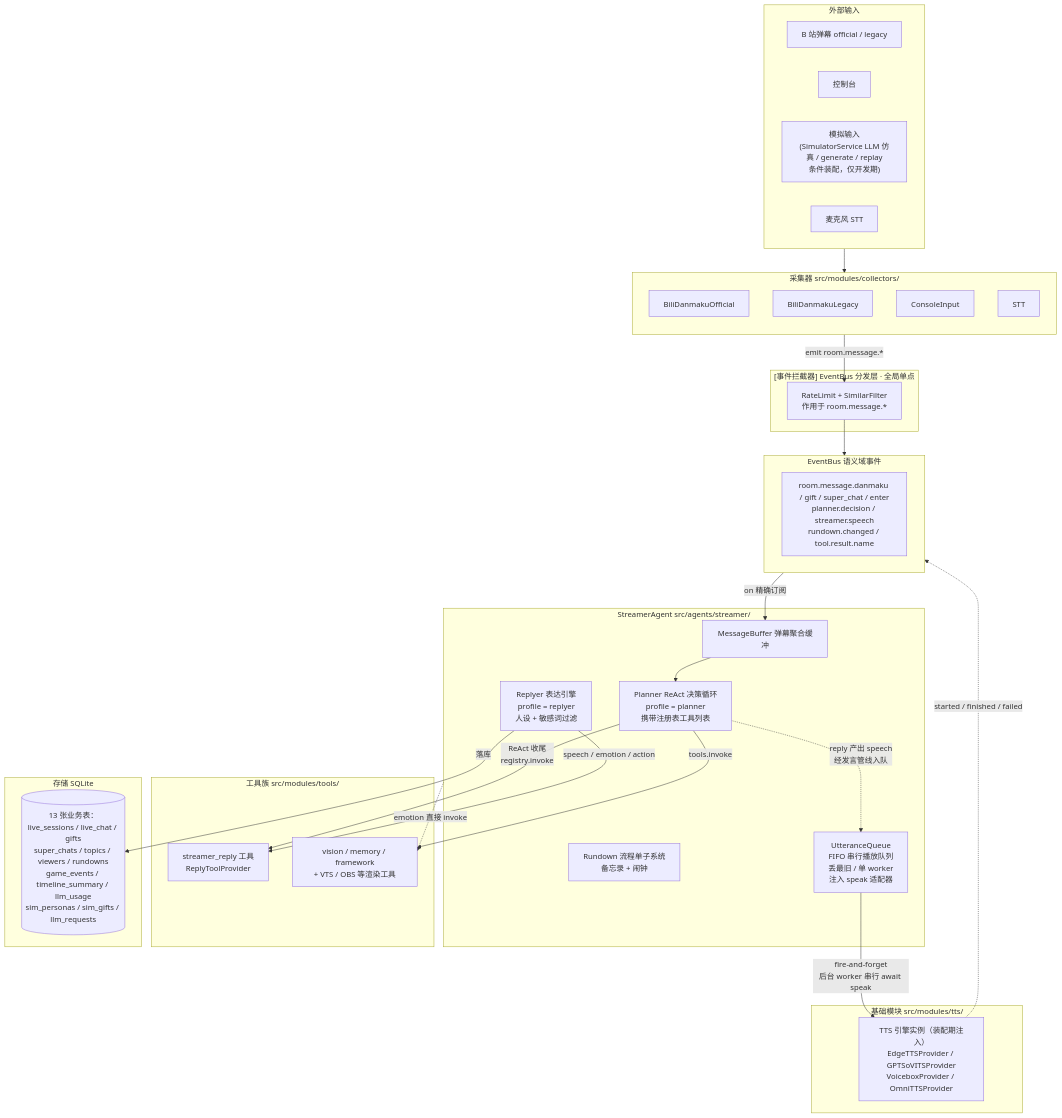
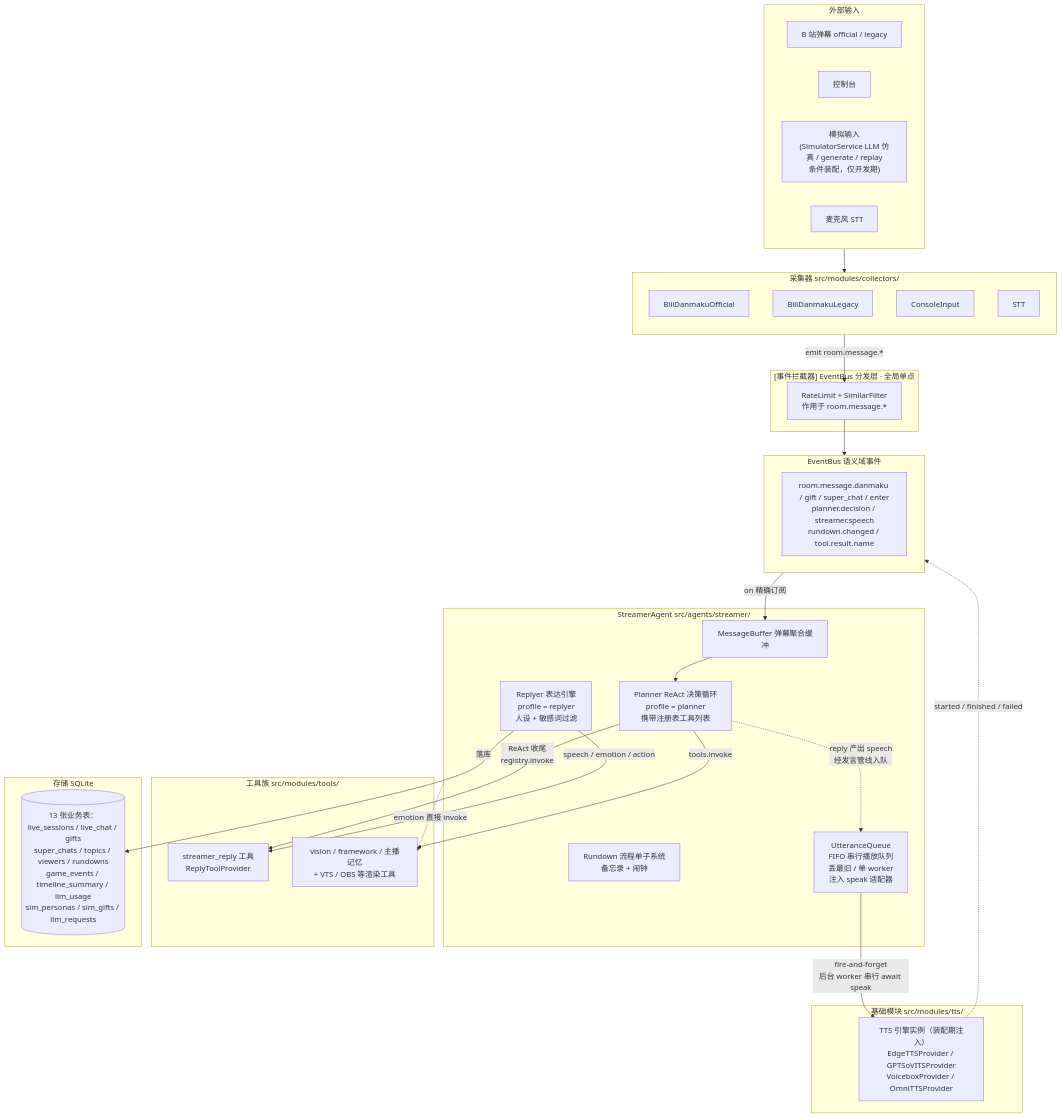
One commit to Mai-with-u/Amaidesu changed the diagram in docs/architecture/data-flow.md. Above: the diagram before and after it, drawn with Mermaid. The commit also changed 15 other files, not shown here.

````diff
--- a/docs/architecture/data-flow.md
+++ b/docs/architecture/data-flow.md
@@ -23,60 +23,60 @@
 ```mermaid
 flowchart TB
     subgraph Ext["外部输入"]
         Bili["B 站弹幕 official / legacy"]
         Cons["控制台"]
         Sim["模拟输入<br/>(SimulatorService LLM 仿真 / generate / replay<br/>条件装配，仅开发期)"]
         Mic["麦克风 STT"]
     end
 
     subgraph Collectors["采集器 src/modules/collectors/"]
         direction TB
         C1["BiliDanmakuOfficial"]
         C2["BiliDanmakuLegacy"]
         C3["ConsoleInput"]
         C4["STT"]
     end
 
     subgraph Interceptors["[事件拦截器] EventBus 分发层 · 全局单点"]
         IC["RateLimit + SimilarFilter<br/>作用于 room.message.*"]
     end
 
     subgraph Bus["EventBus 语义域事件"]
         EB["room.message.danmaku / gift / super_chat / enter<br/>planner.decision / streamer.speech<br/>rundown.changed / tool.result.name"]
     end
 
 subgraph StreamerAgent["StreamerAgent src/agents/streamer/"]
         MB["MessageBuffer 弹幕聚合缓冲"]
         Planner["Planner ReAct 决策循环<br/>profile = planner<br/>携带注册表工具列表"]
         Reply["Replyer 表达引擎<br/>profile = replyer<br/>人设 + 敏感词过滤"]
         Rundown["Rundown 流程单子系统<br/>备忘录 + 闹钟"]
         UQ["UtteranceQueue<br/>FIFO 串行播放队列<br/>丢最旧 / 单 worker<br/>注入 speak 适配器"]
     end
 
     subgraph Tools["工具族 src/modules/tools/"]
         RT["streamer_reply 工具<br/>ReplyToolProvider"]
-        Other["vision / memory / framework<br/>+ VTS / OBS 等渲染工具"]
+        Other["vision / framework / 主播记忆<br/>+ VTS / OBS 等渲染工具"]
     end
 
     subgraph InFra["基础模块 src/modules/tts/"]
         TTSEng["TTS 引擎实例（装配期注入）<br/>EdgeTTSProvider / GPTSoVITSProvider<br/>VoiceboxProvider / OmniTTSProvider"]
     end
 
     subgraph Storage["存储 SQLite"]
         DB[("13 张业务表：live_sessions / live_chat / gifts<br/>super_chats / topics / viewers / rundowns<br/>game_events / timeline_summary / llm_usage<br/>sim_personas / sim_gifts / llm_requests")]
     end
 
     Ext --> Collectors
     Collectors -->|emit room.message.*| IC
     IC --> Bus
     Bus -->|on 精确订阅| MB
     MB --> Planner
     Planner -->|ReAct 收尾<br/>registry.invoke| RT
     Reply -->|speech / emotion / action| RT
     Reply -->|落库| DB
     Planner -->|tools.invoke| Other
     Planner -.->|reply 产出 speech<br/>经发言管线入队| UQ
     UQ -->|fire-and-forget<br/>后台 worker 串行 await speak| TTSEng
     TTSEng -.->|started / finished / failed| Bus
     StreamerAgent -.->|emotion 直接 invoke| Other
 ```
````
